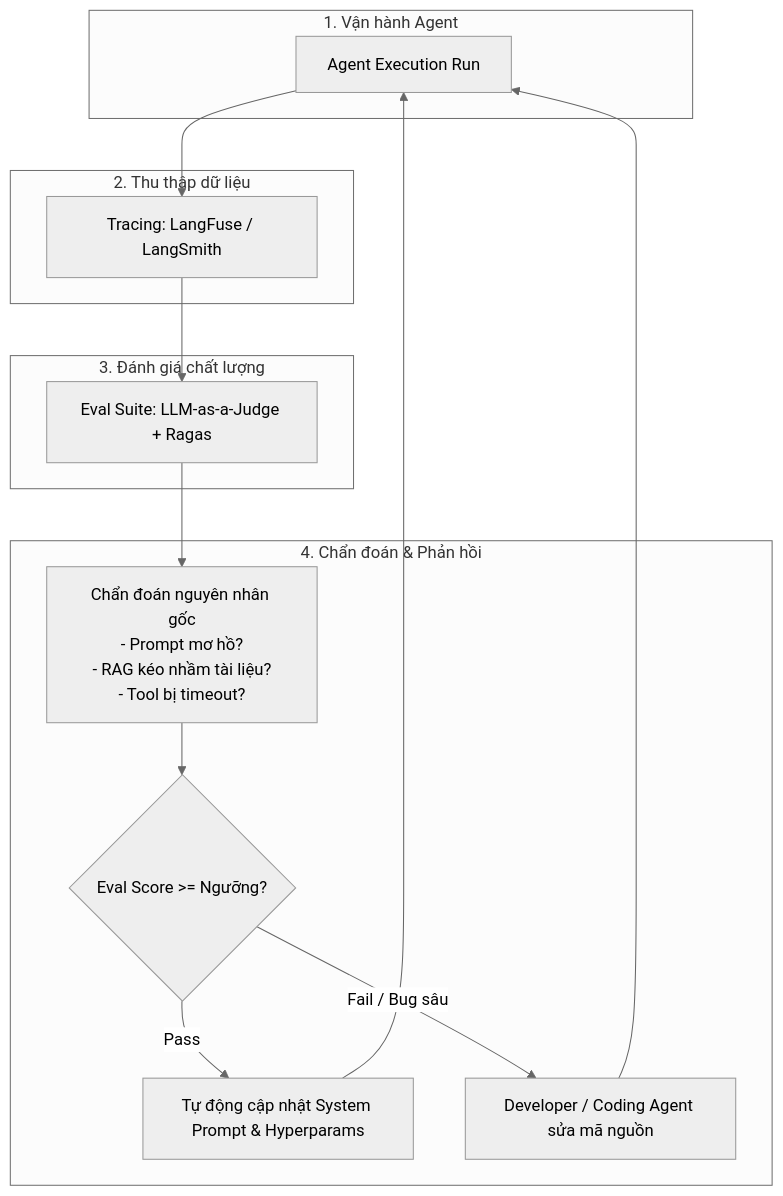
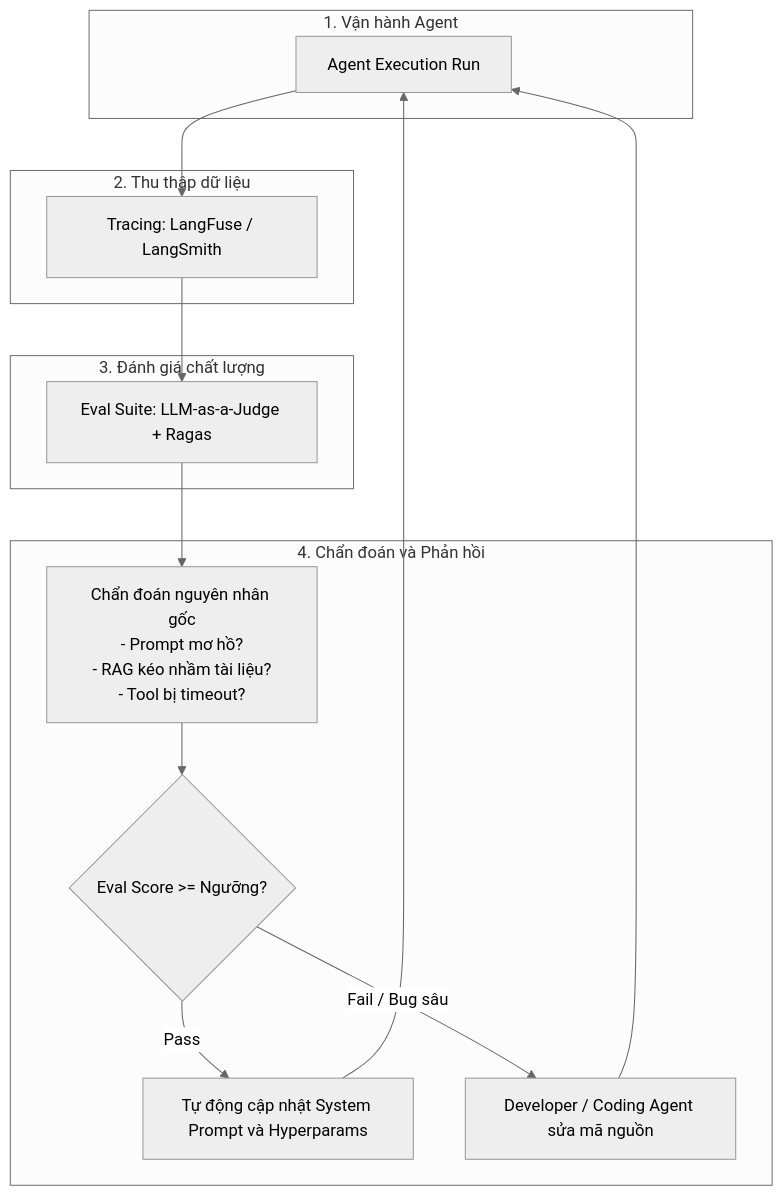
Before and after one commit to longhalo1803/second-brain: the diagram in AI-knowledge/06 - LLMOps & Evaluation/06.3 - Continuous Feedback & Self-Evolution Loop.md, drawn with Mermaid (neutral theme). The commit also changed 59 other files, not shown here.

Commit message:
feat(DSA-knowledge): update metadata, mermaid diagrams, and formatting across knowledge base notes

````diff
--- a/AI-knowledge/06 - LLMOps & Evaluation/06.3 - Continuous Feedback & Self-Evolution Loop.md
+++ b/AI-knowledge/06 - LLMOps & Evaluation/06.3 - Continuous Feedback & Self-Evolution Loop.md
@@ -10,28 +10,28 @@
 ```mermaid
 graph TD
-    subgraph 1_Runtime [1. Vận hành Agent]
-        AR[Agent Execution Run]
+    subgraph 1_Runtime ["1. Vận hành Agent"]
+        AR["Agent Execution Run"]
     end
 
-    subgraph 2_Observability [2. Thu thập dữ liệu]
-        Trace[Tracing: LangFuse / LangSmith]
+    subgraph 2_Observability ["2. Thu thập dữ liệu"]
+        Trace["Tracing: LangFuse / LangSmith"]
     end
 
-    subgraph 3_Evaluation [3. Đánh giá chất lượng]
-        Eval[Eval Suite: LLM-as-a-Judge + Ragas]
+    subgraph 3_Evaluation ["3. Đánh giá chất lượng"]
+        Eval["Eval Suite: LLM-as-a-Judge + Ragas"]
     end
 
-    subgraph 4_Diagnosis [4. Chẩn đoán & Phản hồi]
-        Diag[Chẩn đoán nguyên nhân gốc<br/>- Prompt mơ hồ?<br/>- RAG kéo nhầm tài liệu?<br/>- Tool bị timeout?]
-        Gate{Eval Score >= Ngưỡng?}
-        AutoDeploy[Tự động cập nhật System Prompt & Hyperparams]
-        CodeFix[Developer / Coding Agent sửa mã nguồn]
+    subgraph 4_Diagnosis ["4. Chẩn đoán và Phản hồi"]
+        Diag["Chẩn đoán nguyên nhân gốc<br/>- Prompt mơ hồ?<br/>- RAG kéo nhầm tài liệu?<br/>- Tool bị timeout?"]
+        Gate{"Eval Score >= Ngưỡng?"}
+        AutoDeploy["Tự động cập nhật System Prompt và Hyperparams"]
+        CodeFix["Developer / Coding Agent sửa mã nguồn"]
     end
 
     AR --> Trace
     Trace --> Eval
     Eval --> Diag
     Diag --> Gate
     Gate -->|Pass| AutoDeploy --> AR
     Gate -->|Fail / Bug sâu| CodeFix --> AR
 ```
````
